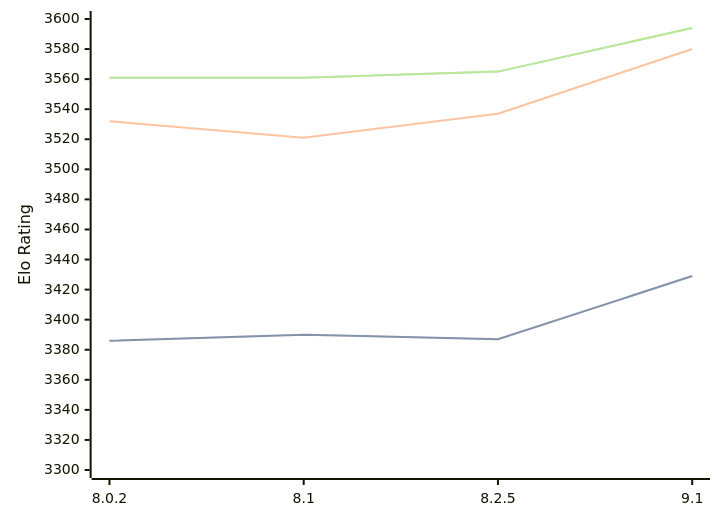
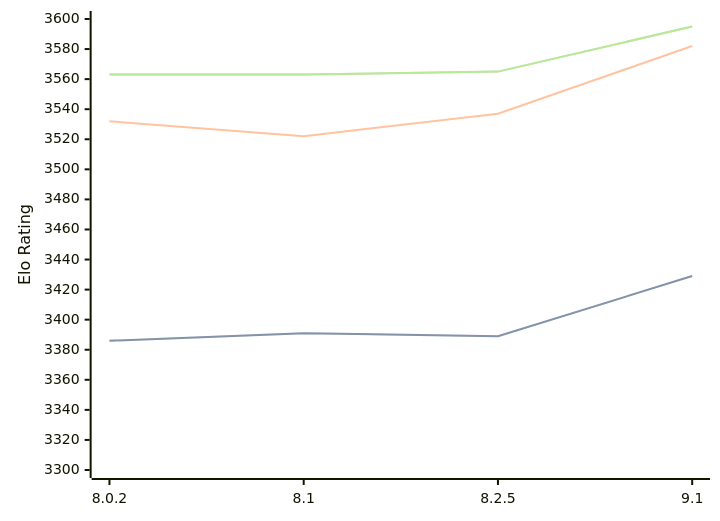
One commit to computer-chess-index/cci changed the diagram in engines/Clover.md. Above: the diagram before and after it, drawn with Mermaid. The commit also changed other lines of this file, not shown here.

Commit message:
Update CCI Ratings (ELO VLTC) - 2026-05-14

````diff
--- a/engines/Clover.md
+++ b/engines/Clover.md
@@ -64,11 +64,11 @@
 ```mermaid
 %%{init: {"theme":"base","themeVariables":{"seriesColors:['#a3a3a3','#222221','#faa371']}}}%%
 xychart-beta
   x-axis ["8.0.2", "8.1", "8.2.5", "9.1"]
   y-axis "Elo Rating" 3300 --> 3600
-  line "STC (8.0+0.08s)" [3386, 3390, 3387, 3429]
-  line "STC (8.0+0.08s)" [3386, 3390, 3387, 3429]
-  line "LTC (60.0+0.60s)" [3532, 3521, 3537, 3580]
-  line "VLTC (2m24s+1.12s)" [3561, 3561, 3565, 3594]
-  line "VLTC (2m24s+1.12s)" [3561, 3561, 3565, 3594]
+  line "STC (8.0+0.08s)" [3386, 3391, 3389, 3429]
+  line "STC (8.0+0.08s)" [3386, 3391, 3389, 3429]
+  line "LTC (60.0+0.60s)" [3532, 3522, 3537, 3582]
+  line "VLTC (2m24s+1.12s)" [3563, 3563, 3565, 3595]
+  line "VLTC (2m24s+1.12s)" [3563, 3563, 3565, 3595]
 ```
````
